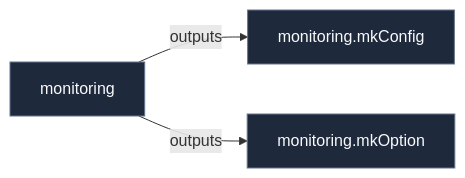
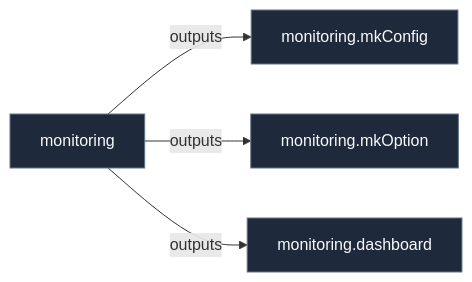
One commit to LW-54/nixconf changed the diagram in docs/lib/monitoring.md. Above: the diagram before and after it, drawn with Mermaid. The commit also changed other lines of this file and 52 other files, not shown here.

````diff
--- a/docs/lib/monitoring.md
+++ b/docs/lib/monitoring.md
@@ -13,26 +13,29 @@
 ```mermaid
 flowchart LR
   urn__nixconf__ast__function__monitoring_mkConfig["monitoring.mkConfig"]:::defaultNode
     urn__nixconf__ast__function__monitoring_mkOption["monitoring.mkOption"]:::defaultNode
+    urn__nixconf__ast__symbol__monitoring_dashboard["monitoring.dashboard"]:::defaultNode
     urn__nixconf__onto__lib__monitoring["monitoring"]:::defaultNode
 
     urn__nixconf__onto__lib__monitoring -->|outputs| urn__nixconf__ast__function__monitoring_mkConfig
     urn__nixconf__onto__lib__monitoring -->|outputs| urn__nixconf__ast__function__monitoring_mkOption
+    urn__nixconf__onto__lib__monitoring -->|outputs| urn__nixconf__ast__symbol__monitoring_dashboard
 
 
     click urn__nixconf__ast__function__monitoring_mkConfig href "monitoring.md" "monitoring.mkConfig"
     click urn__nixconf__ast__function__monitoring_mkOption href "monitoring.md" "monitoring.mkOption"
+    click urn__nixconf__ast__symbol__monitoring_dashboard href "monitoring.md" "monitoring.dashboard"
     click urn__nixconf__onto__lib__monitoring href "monitoring.md" "monitoring"
 
   %% Semantic Visual Classes
   classDef hostNode fill:#1e293b,stroke:#38bdf8,stroke-width:2px,color:#f8fafc;
   classDef contractNode fill:#1e1b4b,stroke:#818cf8,stroke-width:2px,color:#f8fafc;
   classDef implNode fill:#0f172a,stroke:#34d399,stroke-width:2px,color:#f8fafc;
   classDef featureNode fill:#134e4a,stroke:#2dd4bf,stroke-width:2px,color:#f8fafc;
   classDef optNode fill:#422006,stroke:#facc15,stroke-width:1px,color:#fefce8;
   classDef typeNode fill:#3b0764,stroke:#c084fc,stroke-width:1px,color:#faf5ff;
   classDef pkgNode fill:#4c0519,stroke:#fb7185,stroke-width:1px,color:#fff1f2;
   classDef devShellNode fill:#451a03,stroke:#fb923c,stroke-width:1px,color:#fff7ed;
   classDef drvNode fill:#18181b,stroke:#a1a1aa,stroke-width:1px,color:#f4f4f5;
   classDef defaultNode fill:#1e293b,stroke:#64748b,stroke-width:1px,color:#f8fafc;
 ```
````
